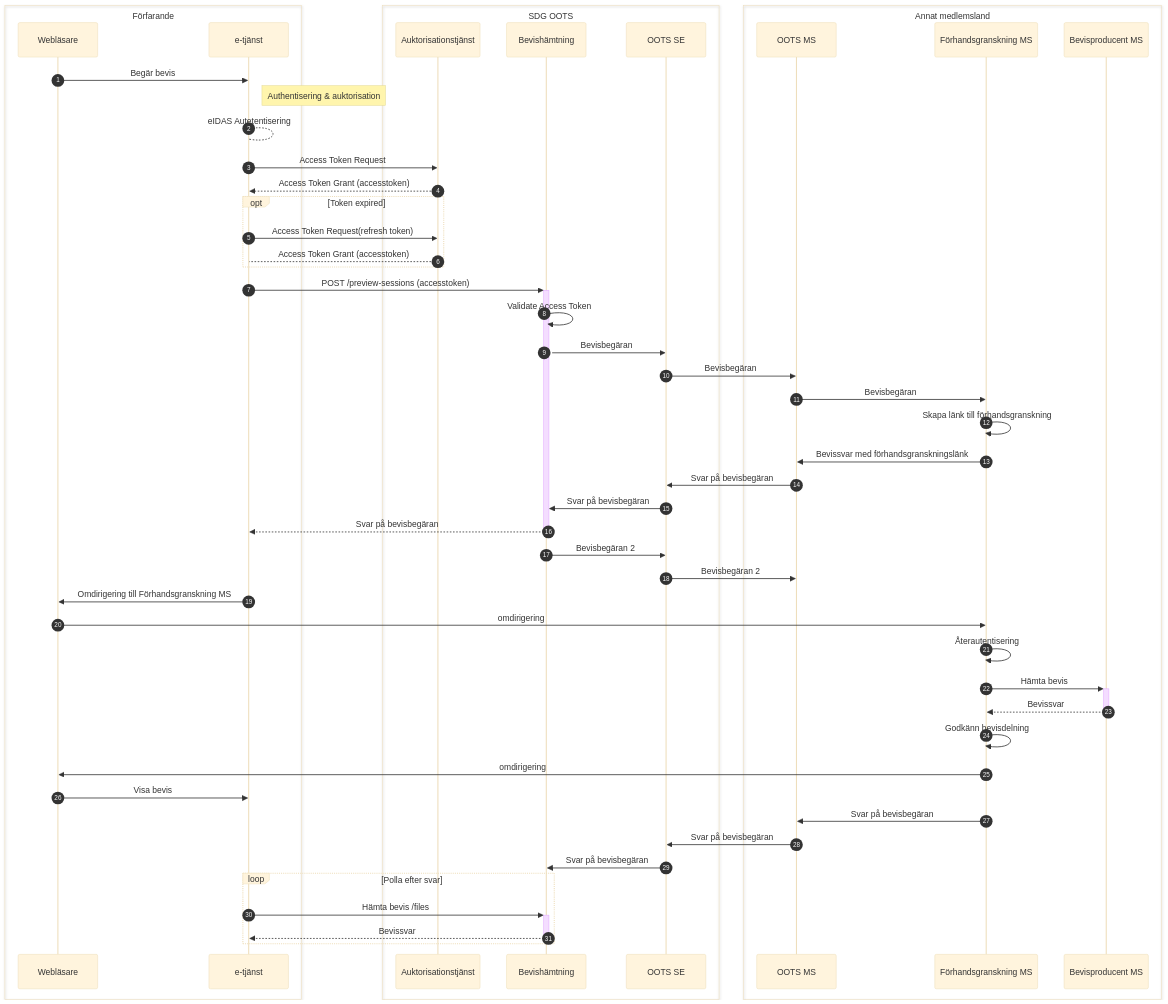
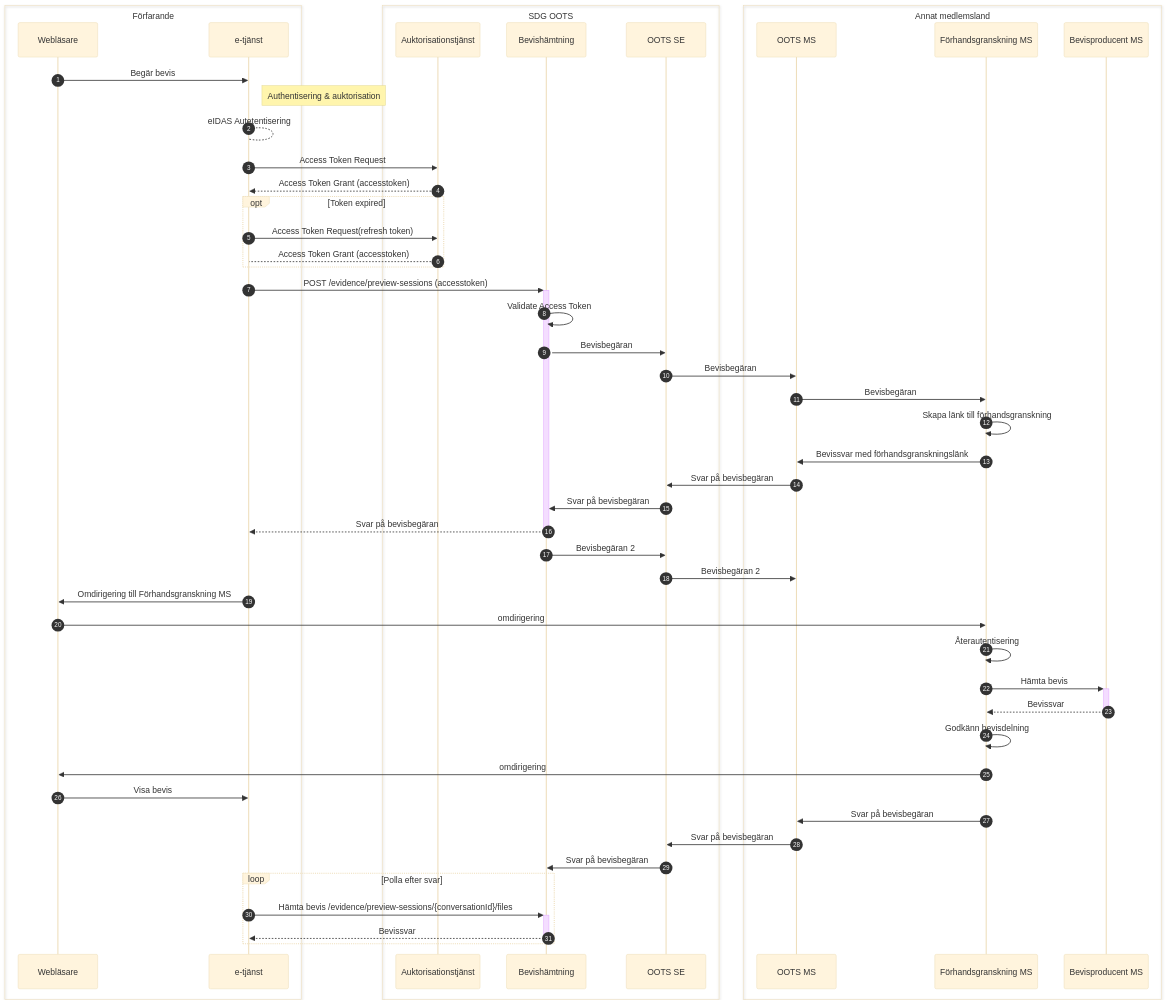
Before and after one commit to diggsweden/sdg-intermediation-eu: the third of 3 diagrams in README.md, drawn with Mermaid (base theme).

Commit message:
fix(docs): update diagram in readme to reflect current endpoint path
Related-issue: SDGUT-2891
Refs: SDGUT-2891

````diff
--- a/README.md
+++ b/README.md
@@ -88,54 +88,54 @@
 ```mermaid
 sequenceDiagram
 autonumber
 box Förfarande
 participant W as Webläsare
 participant OF as e-tjänst
 end
 box SDG OOTS
 participant AT as Auktorisationstjänst
 participant BT as Bevishämtning 
 participant OTSE as OOTS SE
 end
 box Annat medlemsland
 participant OTMS as OOTS MS
 participant MSOF as Förhandsgranskning MS
 participant MSBP as Bevisproducent MS
 end
 W->>OF: Begär bevis
 Note right of OF: Authentisering & auktorisation
 OF-->OF: eIDAS Autetentisering
 OF->>AT: Access Token Request
 AT-->>OF: Access Token Grant (accesstoken)
 Opt Token expired
 OF->>AT: Access Token Request(refresh token)
 AT-->OF: Access Token Grant (accesstoken)
 end
-OF->>+BT: POST /preview-sessions (accesstoken)
+OF->>+BT: POST /evidence/preview-sessions (accesstoken)
 BT->>BT: Validate Access Token
 BT->>OTSE: Bevisbegäran
 OTSE->>OTMS: Bevisbegäran
 OTMS->>MSOF: Bevisbegäran
 MSOF->>MSOF: Skapa länk till förhandsgranskning
 MSOF->>OTMS: Bevissvar med förhandsgranskningslänk
 OTMS->>OTSE: Svar på bevisbegäran
 OTSE->>BT: Svar på bevisbegäran
 BT-->>-OF: Svar på bevisbegäran
 BT->>OTSE: Bevisbegäran 2
 OTSE->>OTMS: Bevisbegäran 2
 OF->>W: Omdirigering till Förhandsgranskning MS
 W->>MSOF: omdirigering
 MSOF->>MSOF: Återautentisering
 MSOF->>+MSBP: Hämta bevis
 MSBP-->>-MSOF: Bevissvar
 MSOF->>MSOF: Godkänn bevisdelning
 MSOF->>W: omdirigering
 W->>OF: Visa bevis
 MSOF->>OTMS: Svar på bevisbegäran
 OTMS->>OTSE: Svar på bevisbegäran
 OTSE->>BT: Svar på bevisbegäran
 loop Polla efter svar
-OF->>+BT: Hämta bevis /files
+OF->>+BT: Hämta bevis /evidence/preview-sessions/{conversationId}/files
 BT-->>-OF: Bevissvar
 end
 ```
````
